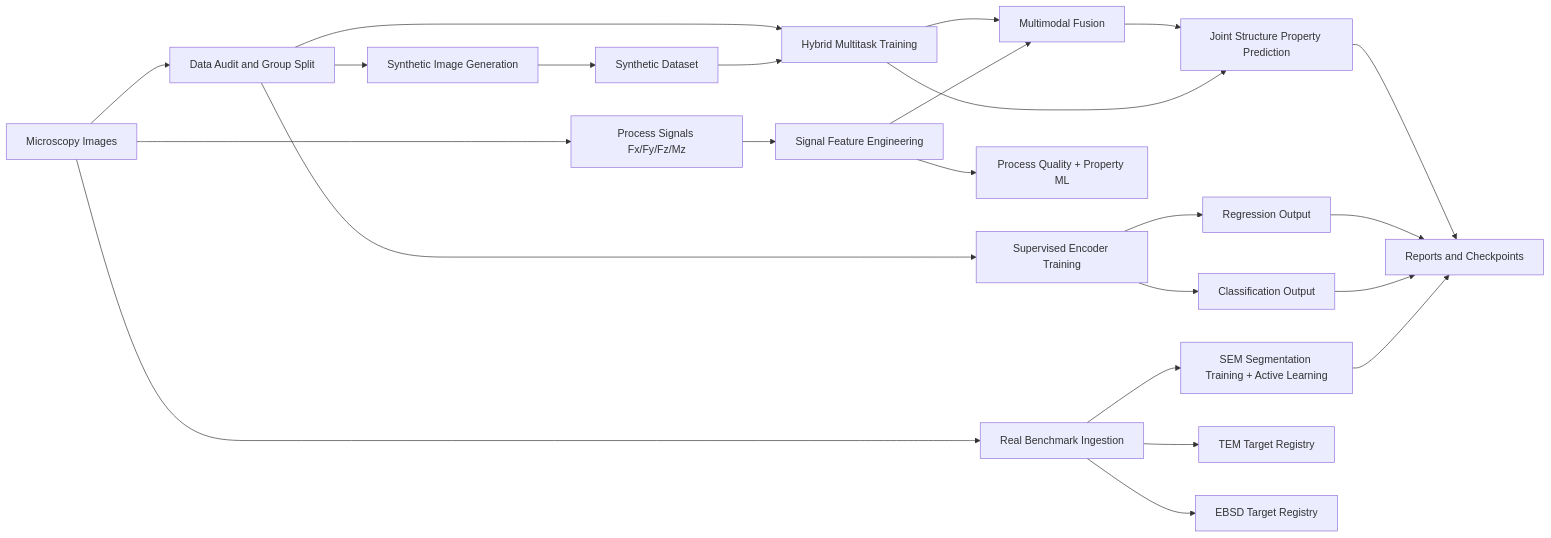
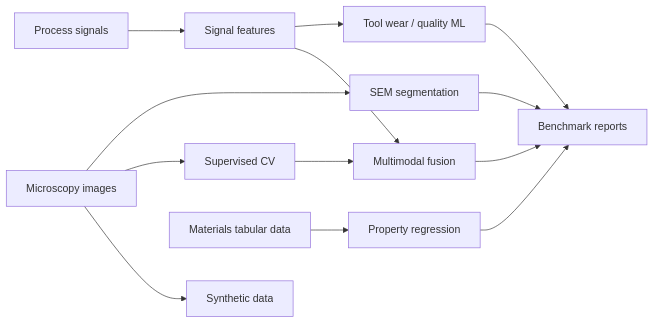
Before and after one commit to Ghanshyambabariya/microscopy_cv_research: the diagram in README.md, drawn with Mermaid. The commit also changed other lines of this file and 4 other files, not shown here.

````diff
--- a/README.md
+++ b/README.md
@@ -13,26 +67,15 @@
 ```mermaid
 flowchart LR
-    A[Microscopy Images] --> B[Data Audit and Group Split]
-    B --> C[Supervised Encoder Training]
-    B --> D[Synthetic Image Generation]
-    C --> E[Classification Output]
-    C --> F[Regression Output]
-    D --> G[Synthetic Dataset]
-    G --> H[Hybrid Multitask Training]
-    B --> H
-    H --> I[Joint Structure Property Prediction]
-    A --> K[Real Benchmark Ingestion]
-    K --> L[SEM Segmentation Training + Active Learning]
-    K --> M[TEM Target Registry]
-    K --> N[EBSD Target Registry]
-    A --> O[Process Signals Fx/Fy/Fz/Mz]
-    O --> P[Signal Feature Engineering]
-    P --> Q[Process Quality + Property ML]
-    P --> R[Multimodal Fusion]
-    H --> R
-    R --> I
-    L --> J[Reports and Checkpoints]
-    E --> J
+    A["Microscopy images"] --> B["SEM segmentation"]
+    A --> C["Supervised CV"]
+    A --> D["Synthetic data"]
+    E["Process signals"] --> F["Signal features"]
+    F --> G["Tool wear / quality ML"]
+    H["Materials tabular data"] --> I["Property regression"]
+    C --> J["Multimodal fusion"]
     F --> J
-    I --> J
+    G --> K["Benchmark reports"]
+    I --> K
+    B --> K
+    J --> K
 ```
````
